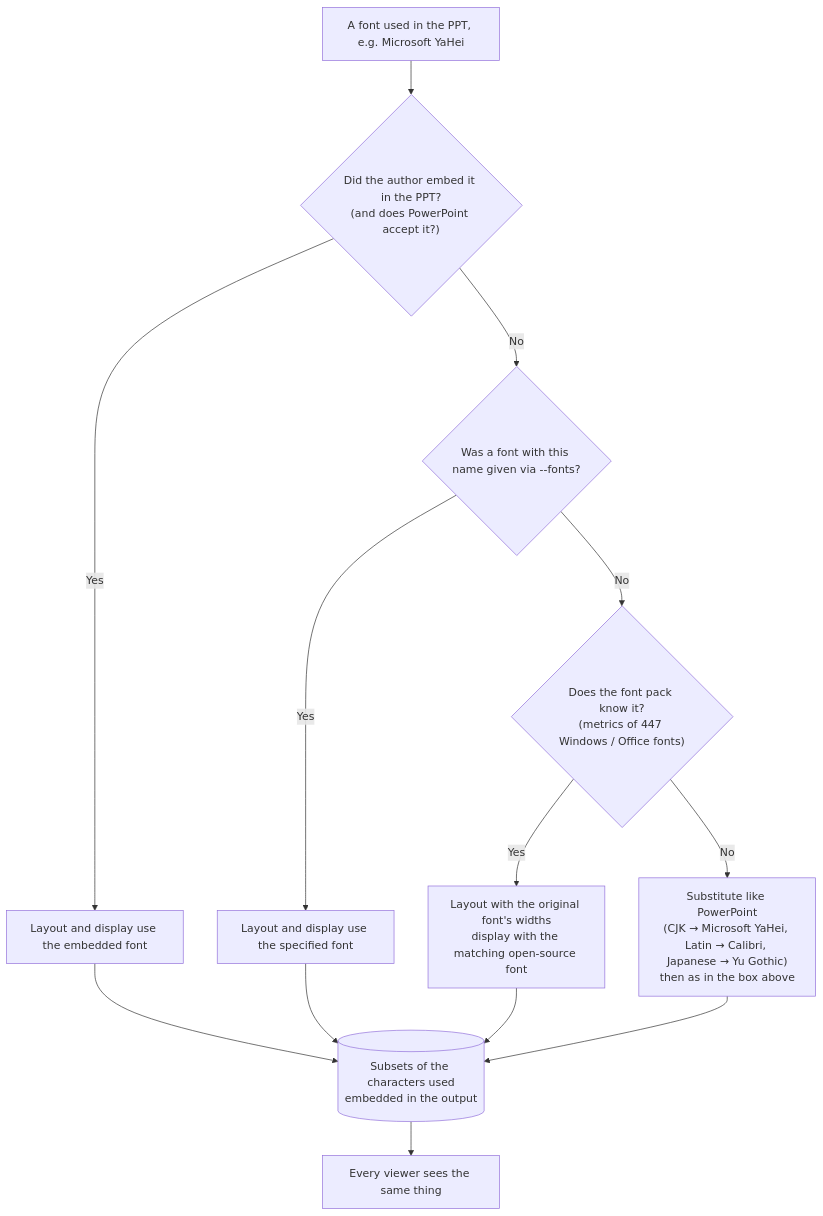
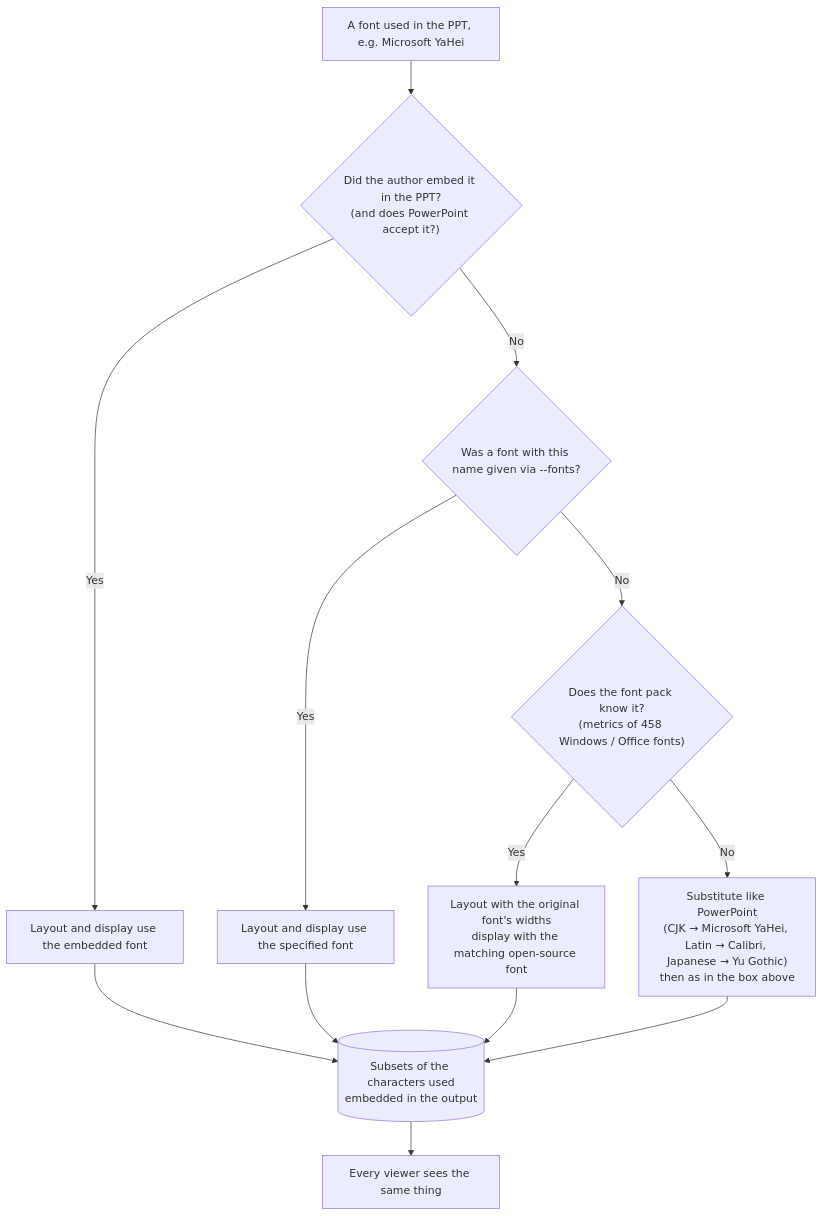
Before and after one commit to spitmaster/unppt: the fifth of 5 diagrams in docs/en/getting-started.md, drawn with Mermaid. The commit also changed other lines of this file and 28 other files, not shown here.

````diff
--- a/docs/en/getting-started.md
+++ b/docs/en/getting-started.md
@@ -406,15 +406,15 @@
 ```mermaid
 flowchart TD
   F["A font used in the PPT, e.g. Microsoft YaHei"] --> E{"Did the author embed it in the PPT?<br/>(and does PowerPoint accept it?)"}
   E -->|"Yes"| EMB["Layout and display use the embedded font"]
   E -->|"No"| S{"Was a font with this name given via --fonts?"}
   S -->|"Yes"| SPEC["Layout and display use the specified font"]
-  S -->|"No"| K{"Does the font pack know it?<br/>(metrics of 447 Windows / Office fonts)"}
+  S -->|"No"| K{"Does the font pack know it?<br/>(metrics of 458 Windows / Office fonts)"}
   K -->|"Yes"| DEF["Layout with the original font's widths<br/>display with the matching open-source font"]
   K -->|"No"| SUB["Substitute like PowerPoint<br/>(CJK → Microsoft YaHei, Latin → Calibri, Japanese → Yu Gothic)<br/>then as in the box above"]
   EMB --> OUT[("Subsets of the characters used<br/>embedded in the output")]
   SPEC --> OUT
   DEF --> OUT
   SUB --> OUT
   OUT --> V["Every viewer sees the same thing"]
 ```
````
